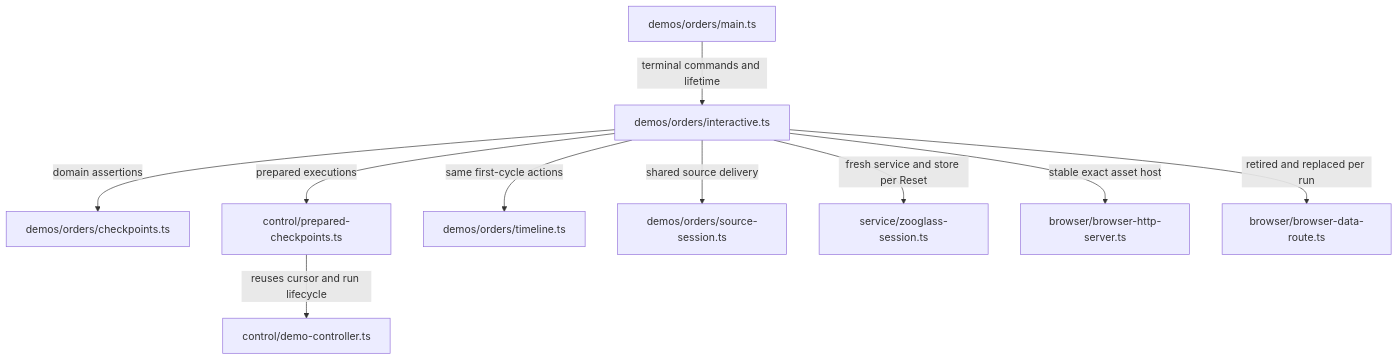
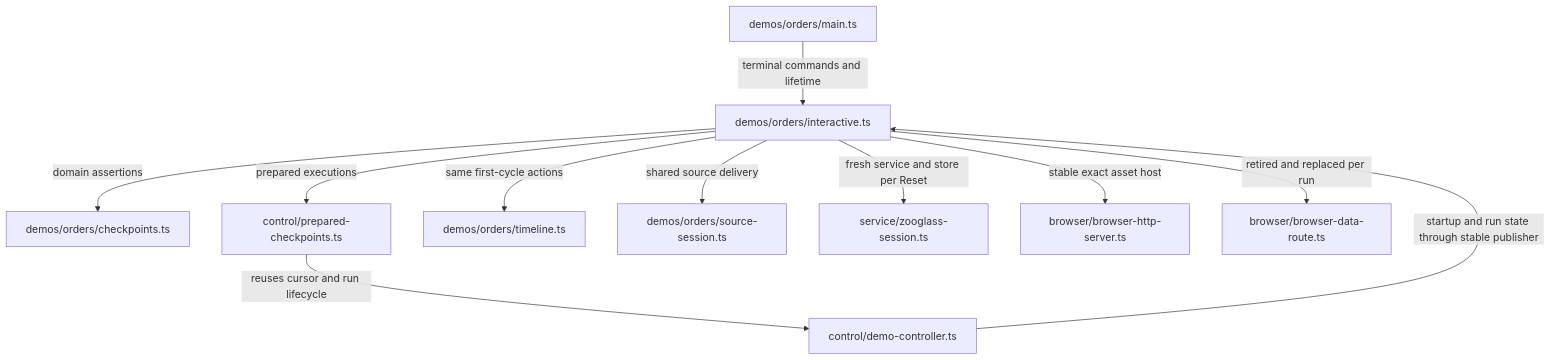
Before and after one commit to sproates/zooglass: the tenth of 11 diagrams in workbench/docs/source-map.md, drawn with Mermaid. The commit also changed other lines of this file and 7 other files, not shown here.

````diff
--- a/workbench/docs/source-map.md
+++ b/workbench/docs/source-map.md
@@ -450,12 +452,13 @@
 ```mermaid
 flowchart TB
   main["demos/orders/main.ts"] -->|terminal commands and lifetime| interactive["demos/orders/interactive.ts"]
   interactive -->|domain assertions| checkpoints["demos/orders/checkpoints.ts"]
   interactive -->|prepared executions| prepared["control/prepared-checkpoints.ts"]
   prepared -->|reuses cursor and run lifecycle| controller["control/demo-controller.ts"]
+  controller -->|startup and run state through stable publisher| interactive
   interactive -->|same first-cycle actions| timeline["demos/orders/timeline.ts"]
   interactive -->|shared source delivery| sources["demos/orders/source-session.ts"]
   interactive -->|fresh service and store per Reset| service["service/zooglass-session.ts"]
   interactive -->|stable exact asset host| http["browser/browser-http-server.ts"]
   interactive -->|retired and replaced per run| route["browser/browser-data-route.ts"]
 ```
````
